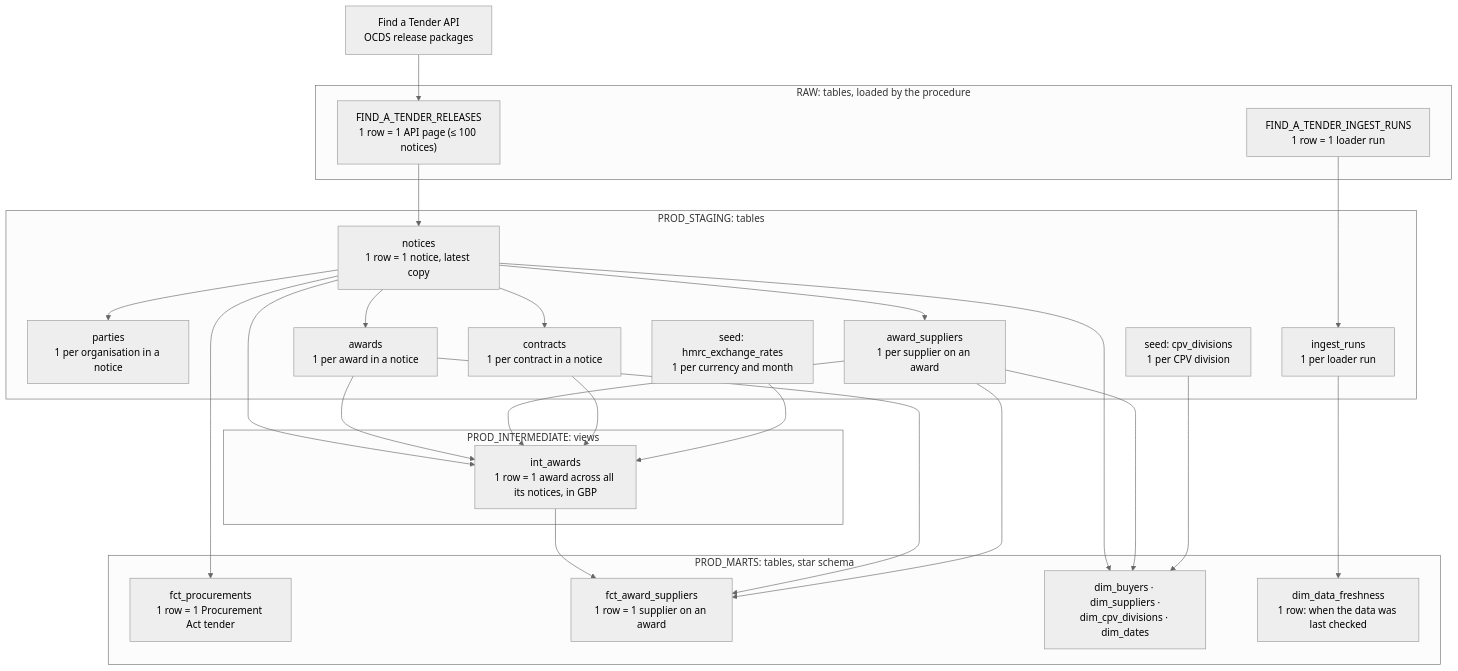
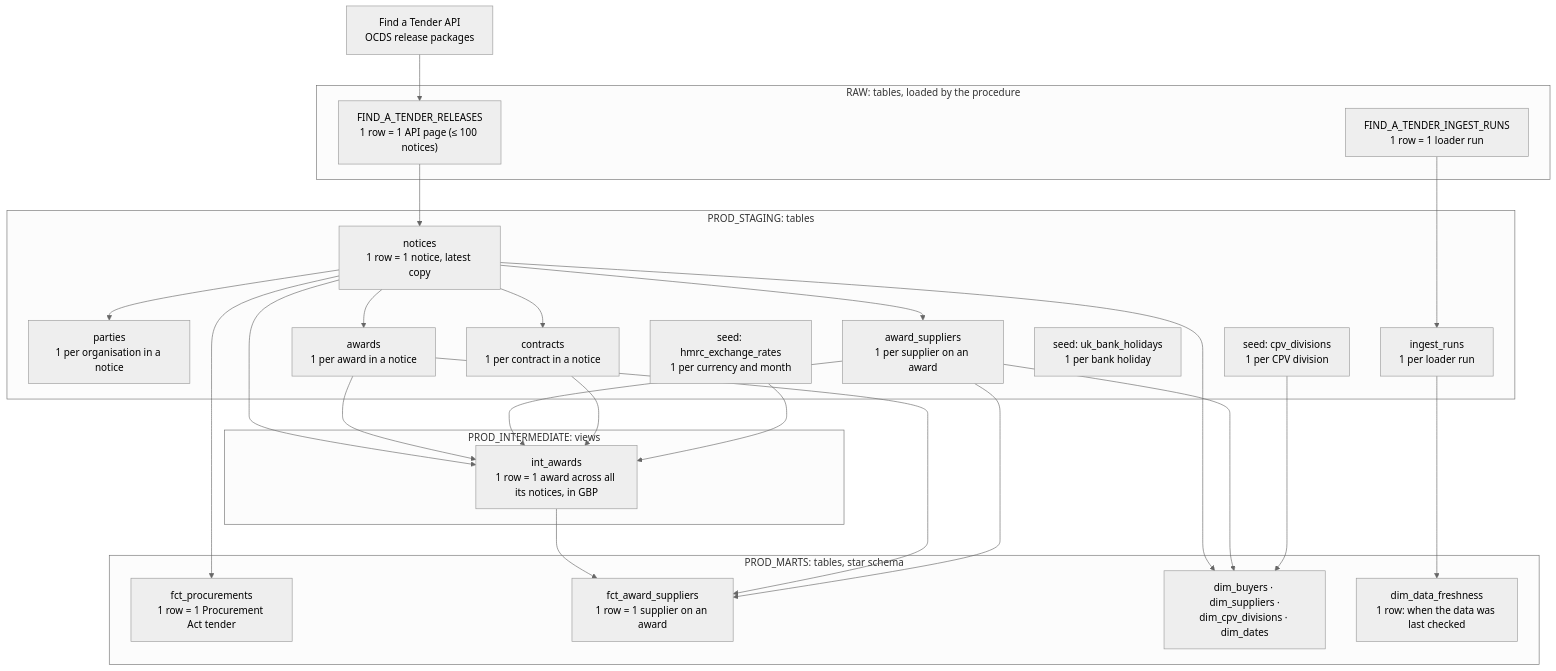
Before and after one commit to jacekjastrzebski/uk-tenders-dbt-snowflake: the first of 2 diagrams in docs/diagrams/data.md, drawn with Mermaid (neutral theme). The commit also changed other lines of this file and 17 other files, not shown here.

````diff
--- a/docs/diagrams/data.md
+++ b/docs/diagrams/data.md
@@ -9,34 +9,35 @@
 ```mermaid
 flowchart TB
     API["Find a Tender API<br/>OCDS release packages"]
     subgraph RAW["RAW: tables, loaded by the procedure"]
         R1["FIND_A_TENDER_RELEASES<br/>1 row = 1 API page (≤ 100 notices)"]
         R2["FIND_A_TENDER_INGEST_RUNS<br/>1 row = 1 loader run"]
     end
     subgraph STG["PROD_STAGING: tables"]
         S1["notices<br/>1 row = 1 notice, latest copy"]
         S2["parties<br/>1 per organisation in a notice"]
         S3["awards<br/>1 per award in a notice"]
         S4["award_suppliers<br/>1 per supplier on an award"]
         S5["contracts<br/>1 per contract in a notice"]
         S6["ingest_runs<br/>1 per loader run"]
         SH["seed: hmrc_exchange_rates<br/>1 per currency and month"]
         SC["seed: cpv_divisions<br/>1 per CPV division"]
+        SB["seed: uk_bank_holidays<br/>1 per bank holiday"]
     end
     subgraph INT["PROD_INTERMEDIATE: views"]
         I1["int_awards<br/>1 row = 1 award across all its notices, in GBP"]
     end
     subgraph MARTS["PROD_MARTS: tables, star schema"]
         F1["fct_procurements<br/>1 row = 1 Procurement Act tender"]
         F2["fct_award_suppliers<br/>1 row = 1 supplier on an award"]
         DIM["dim_buyers · dim_suppliers ·<br/>dim_cpv_divisions · dim_dates"]
         FR["dim_data_freshness<br/>1 row: when the data was last checked"]
     end
     API --> R1
     R1 --> S1 --> S2 & S3 & S4 & S5
     S1 & S3 & S4 & S5 & SH --> I1
     S1 --> F1
     I1 & S3 & S4 --> F2
     S1 & S4 & SC --> DIM
     R2 --> S6 --> FR
 ```
````
